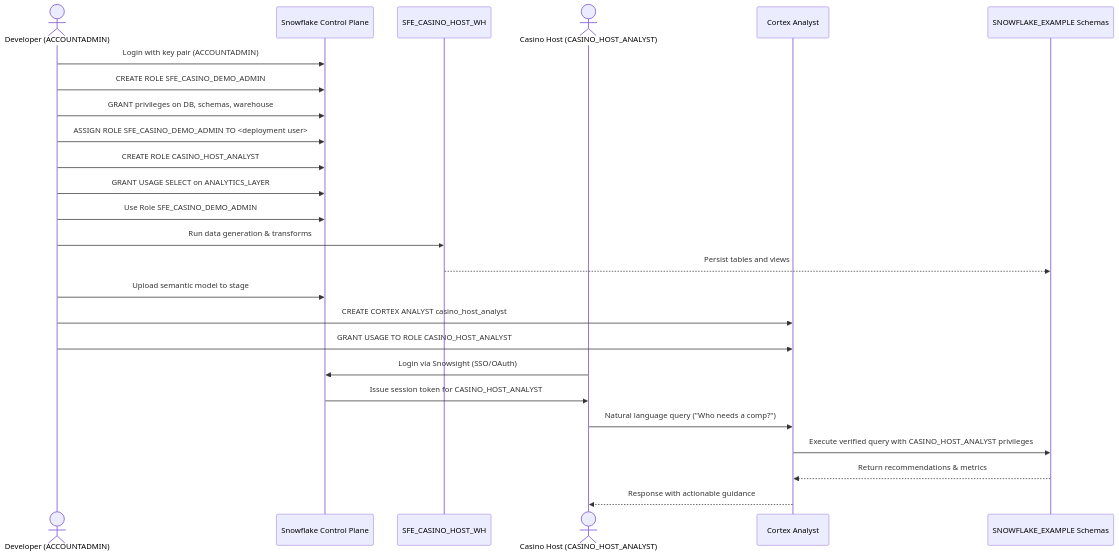
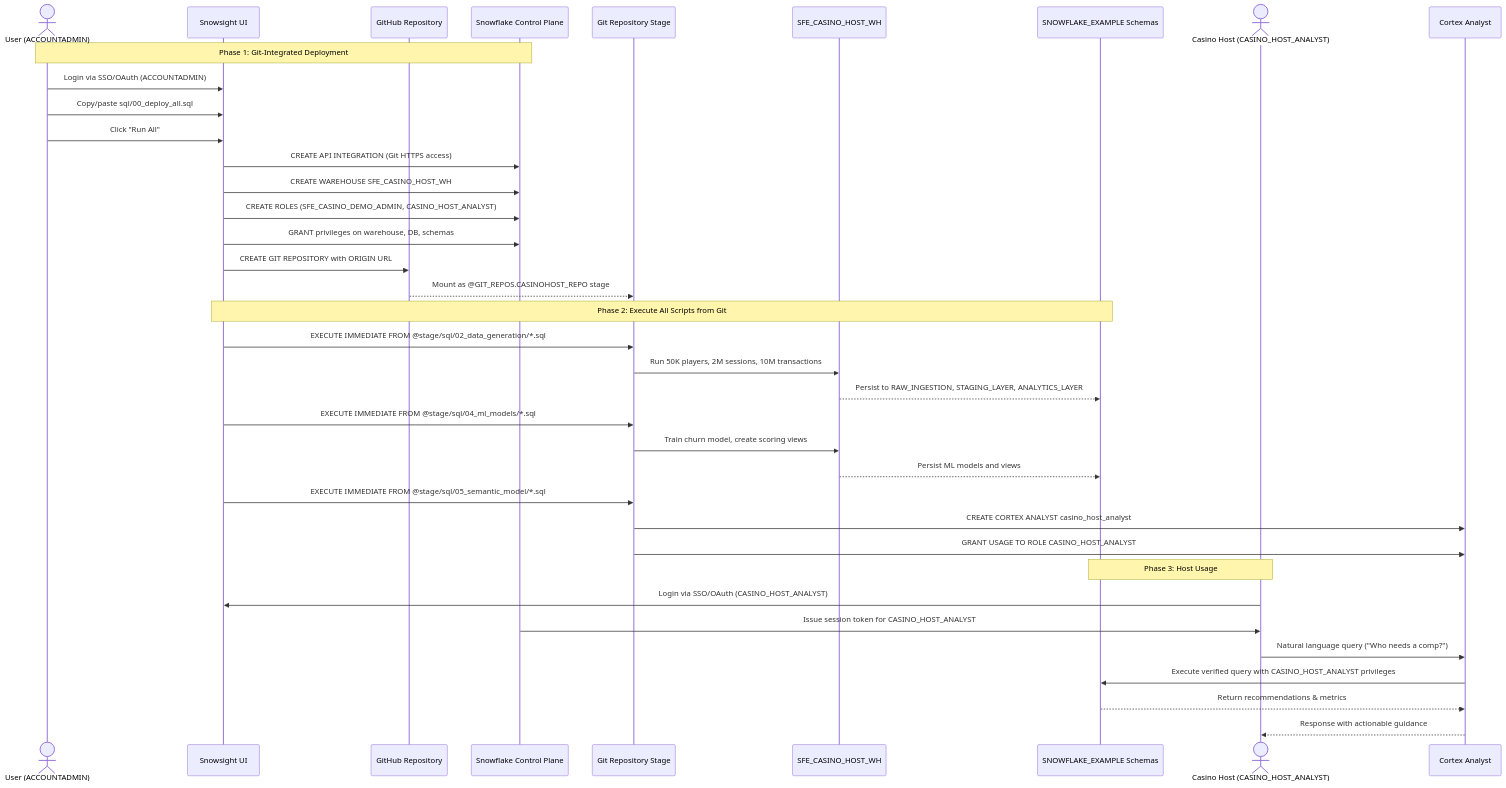
The diagram in diagrams/auth-flow.md (sfc-gh-miwhitaker/casinohost), drawn with Mermaid before and after one commit. The commit also changed other lines of this file and 2 other files, not shown here.

First paragraph of the commit message:
docs: update architecture diagrams for Git-integrated deployment
Update all 3 diagrams to reflect native Snowflake deployment pattern:

````diff
--- a/diagrams/auth-flow.md
+++ b/diagrams/auth-flow.md
@@ -11,31 +11,46 @@
 ```mermaid
 sequenceDiagram
-    actor Dev as Developer (ACCOUNTADMIN)
+    actor User as User (ACCOUNTADMIN)
+    participant Snowsight as Snowsight UI
+    participant GitHub as GitHub Repository
     participant Snowflake as Snowflake Control Plane
+    participant GitStage as Git Repository Stage
     participant Warehouse as SFE_CASINO_HOST_WH
+    participant DB as SNOWFLAKE_EXAMPLE Schemas
     actor Host as Casino Host (CASINO_HOST_ANALYST)
     participant Analyst as Cortex Analyst
-    participant DB as SNOWFLAKE_EXAMPLE Schemas
 
-    Dev->>Snowflake: Login with key pair (ACCOUNTADMIN)
-    Dev->>Snowflake: CREATE ROLE SFE_CASINO_DEMO_ADMIN
-    Dev->>Snowflake: GRANT privileges on DB, schemas, warehouse
-    Dev->>Snowflake: ASSIGN ROLE SFE_CASINO_DEMO_ADMIN TO <deployment user>
-    Dev->>Snowflake: CREATE ROLE CASINO_HOST_ANALYST
-    Dev->>Snowflake: GRANT USAGE SELECT on ANALYTICS_LAYER
+    Note over User,Snowflake: Phase 1: Git-Integrated Deployment
+    User->>Snowsight: Login via SSO/OAuth (ACCOUNTADMIN)
+    User->>Snowsight: Copy/paste sql/00_deploy_all.sql
+    User->>Snowsight: Click "Run All"
+    
+    Snowsight->>Snowflake: CREATE API INTEGRATION (Git HTTPS access)
+    Snowsight->>Snowflake: CREATE WAREHOUSE SFE_CASINO_HOST_WH
+    Snowsight->>Snowflake: CREATE ROLES (SFE_CASINO_DEMO_ADMIN, CASINO_HOST_ANALYST)
+    Snowsight->>Snowflake: GRANT privileges on warehouse, DB, schemas
+    
+    Snowsight->>GitHub: CREATE GIT REPOSITORY with ORIGIN URL
+    GitHub-->>GitStage: Mount as @GIT_REPOS.CASINOHOST_REPO stage
+    
+    Note over Snowsight,DB: Phase 2: Execute All Scripts from Git
+    Snowsight->>GitStage: EXECUTE IMMEDIATE FROM @stage/sql/02_data_generation/*.sql
+    GitStage->>Warehouse: Run 50K players, 2M sessions, 10M transactions
+    Warehouse-->>DB: Persist to RAW_INGESTION, STAGING_LAYER, ANALYTICS_LAYER
+    
+    Snowsight->>GitStage: EXECUTE IMMEDIATE FROM @stage/sql/04_ml_models/*.sql
+    GitStage->>Warehouse: Train churn model, create scoring views
+    Warehouse-->>DB: Persist ML models and views
+    
+    Snowsight->>GitStage: EXECUTE IMMEDIATE FROM @stage/sql/05_semantic_model/*.sql
+    GitStage->>Analyst: CREATE CORTEX ANALYST casino_host_analyst
+    GitStage->>Analyst: GRANT USAGE TO ROLE CASINO_HOST_ANALYST
 
-    Dev->>Snowflake: Use Role SFE_CASINO_DEMO_ADMIN
-    Dev->>Warehouse: Run data generation & transforms
-    Warehouse-->>DB: Persist tables and views
-
-    Dev->>Snowflake: Upload semantic model to stage
-    Dev->>Analyst: CREATE CORTEX ANALYST casino_host_analyst
-    Dev->>Analyst: GRANT USAGE TO ROLE CASINO_HOST_ANALYST
-
-    Host->>Snowflake: Login via Snowsight (SSO/OAuth)
+    Note over Host,DB: Phase 3: Host Usage
+    Host->>Snowsight: Login via SSO/OAuth (CASINO_HOST_ANALYST)
     Snowflake->>Host: Issue session token for CASINO_HOST_ANALYST
     Host->>Analyst: Natural language query ("Who needs a comp?")
     Analyst->>DB: Execute verified query with CASINO_HOST_ANALYST privileges
     DB-->>Analyst: Return recommendations & metrics
     Analyst-->>Host: Response with actionable guidance
 ```
````
